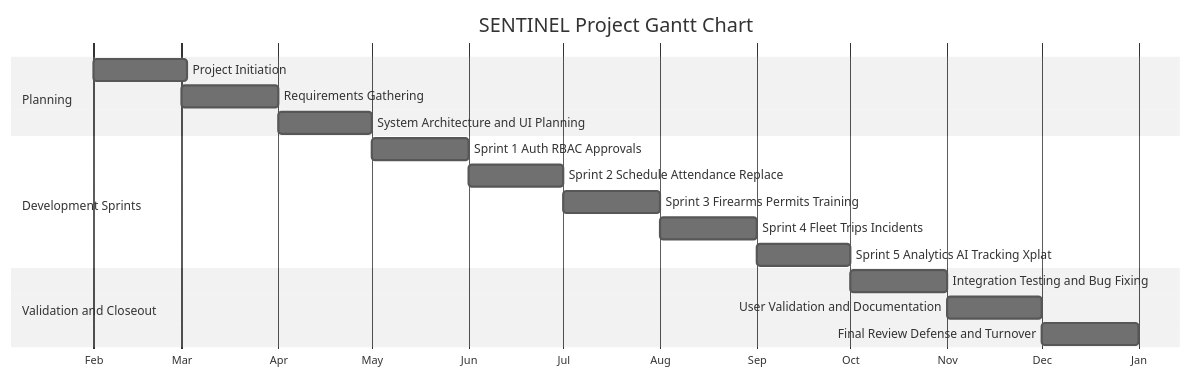
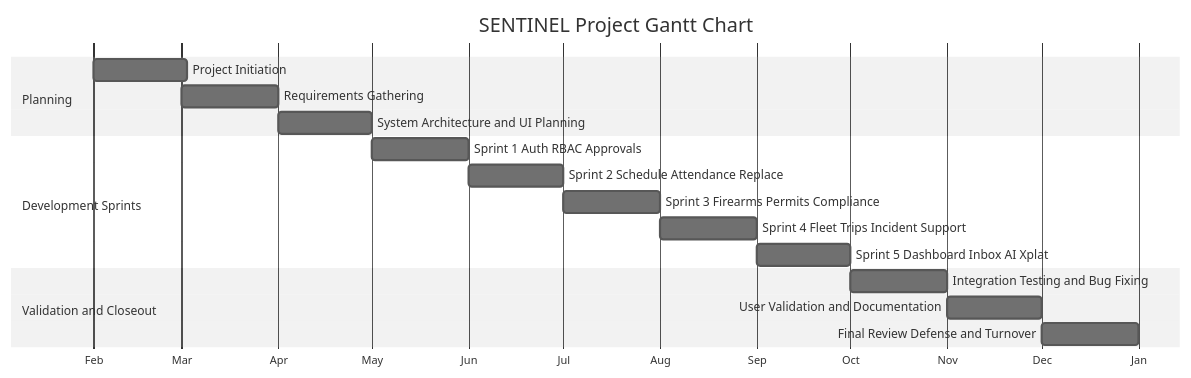
One commit to dwaytu/Capstone-Main changed the second of 6 diagrams in SENTINEL - Group 8.md. Above: the diagram before and after it, drawn with Mermaid (neutral theme). The commit also changed other lines of this file and 20 other files, not shown here.

````diff
--- a/SENTINEL - Group 8.md
+++ b/SENTINEL - Group 8.md
@@ -1082,23 +1086,23 @@
 ```mermaid
 gantt
 	title SENTINEL Project Gantt Chart
 	dateFormat  YYYY-MM-DD
 	axisFormat  %b
 
 	section Planning
 	Project Initiation                  :a1, 2026-02-01, 30d
 	Requirements Gathering              :a2, 2026-03-01, 31d
 	System Architecture and UI Planning :a3, 2026-04-01, 30d
 
 	section Development Sprints
 	Sprint 1 Auth RBAC Approvals         :b1, 2026-05-01, 31d
 	Sprint 2 Schedule Attendance Replace :b2, 2026-06-01, 30d
-	Sprint 3 Firearms Permits Training   :b3, 2026-07-01, 31d
-	Sprint 4 Fleet Trips Incidents       :b4, 2026-08-01, 31d
-	Sprint 5 Analytics AI Tracking Xplat :b5, 2026-09-01, 30d
+	Sprint 3 Firearms Permits Compliance :b3, 2026-07-01, 31d
+	Sprint 4 Fleet Trips Incident Support :b4, 2026-08-01, 31d
+	Sprint 5 Dashboard Inbox AI Xplat    :b5, 2026-09-01, 30d
 
 	section Validation and Closeout
 	Integration Testing and Bug Fixing  :c1, 2026-10-01, 31d
 	User Validation and Documentation   :c2, 2026-11-01, 30d
 	Final Review Defense and Turnover   :c3, 2026-12-01, 31d
 ```
````
